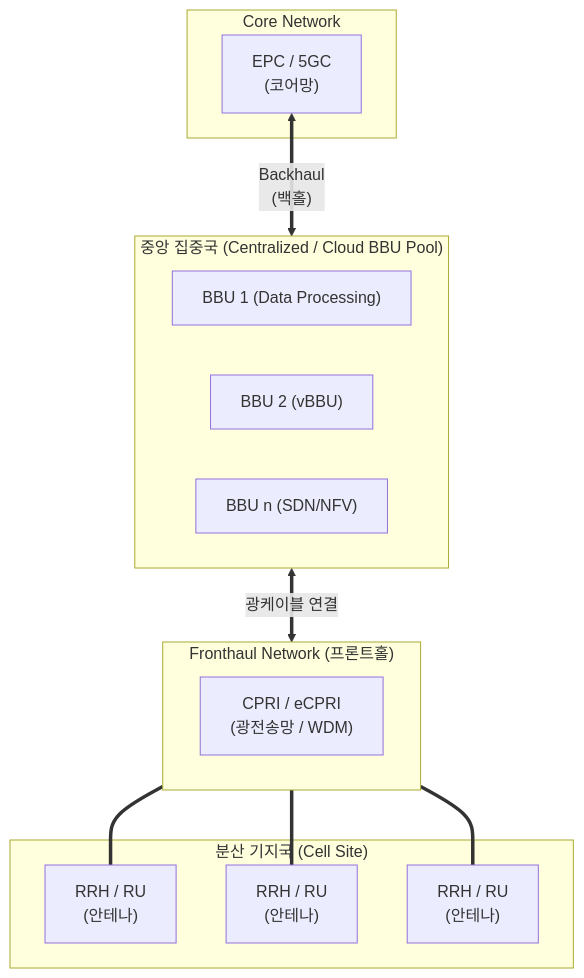
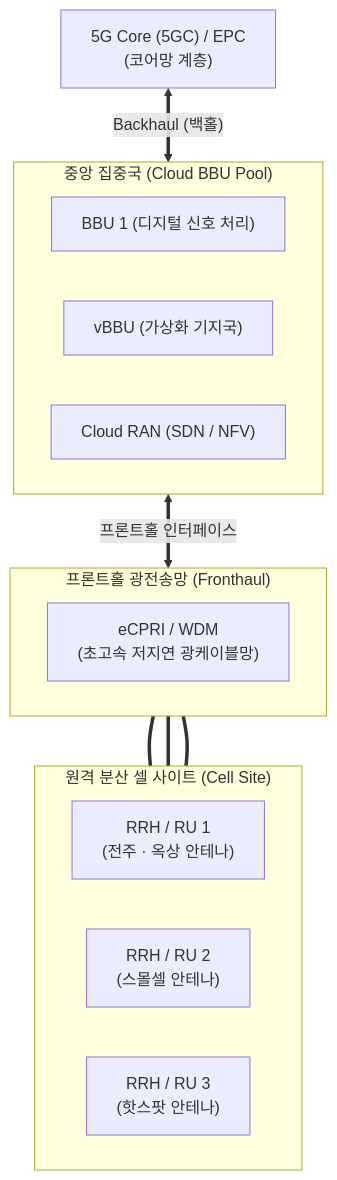
One commit to supremethumb/supremethumb.github.io changed the diagram in content/01_IT Tech/C-RAN(Centralized Cloud RAN).md. Above: the diagram before and after it, drawn with Mermaid. The commit also changed other lines of this file and 362 other files, not shown here.

````diff
--- a/content/01_IT Tech/C-RAN(Centralized Cloud RAN).md
+++ b/content/01_IT Tech/C-RAN(Centralized Cloud RAN).md
@@ -23,29 +37,26 @@
 ```mermaid
 flowchart TB
-    subgraph Core["Core Network"]
-        EPC["EPC / 5GC<br/>(코어망)"]
-    end
-    
-    subgraph Central["중앙 집중국 (Centralized / Cloud BBU Pool)"]
-        BBU1["BBU 1 (Data Processing)"]
-        BBU2["BBU 2 (vBBU)"]
-        BBU3["BBU n (SDN/NFV)"]
-    end
-    
-    subgraph Fronthaul["Fronthaul Network (프론트홀)"]
-        Optic["CPRI / eCPRI<br/>(광전송망 / WDM)"]
-    end
-    
-    subgraph CellSite["분산 기지국 (Cell Site)"]
-        RRH1["RRH / RU<br/>(안테나)"]
-        RRH2["RRH / RU<br/>(안테나)"]
-        RRH3["RRH / RU<br/>(안테나)"]
+    Core["5G Core (5GC) / EPC<br/>(코어망 계층)"]
+
+    subgraph Central ["중앙 집중국 (Cloud BBU Pool)"]
+        direction LR
+        BBU1["BBU 1 (디지털 신호 처리)"]
+        BBU2["vBBU (가상화 기지국)"]
+        BBU3["Cloud RAN (SDN / NFV)"]
     end
 
-    EPC <== "Backhaul<br/>(백홀)" ==> Central
-    Central <== "광케이블 연결" ==> Fronthaul
-    Fronthaul === RRH1
-    Fronthaul === RRH2
-    Fronthaul === RRH3
+    subgraph Fronthaul ["프론트홀 광전송망 (Fronthaul)"]
+        Optic["eCPRI / WDM<br/>(초고속 저지연 광케이블망)"]
+    end
 
+    subgraph Cell_Sites ["원격 분산 셀 사이트 (Cell Site)"]
+        direction LR
+        RRH1["RRH / RU 1<br/>(전주 · 옥상 안테나)"]
+        RRH2["RRH / RU 2<br/>(스몰셀 안테나)"]
+        RRH3["RRH / RU 3<br/>(핫스팟 안테나)"]
+    end
+
+    Core <== "Backhaul (백홀)" ==> Central
+    Central <== "프론트홀 인터페이스" ==> Fronthaul
+    Fronthaul === RRH1 & RRH2 & RRH3
 ```
````
